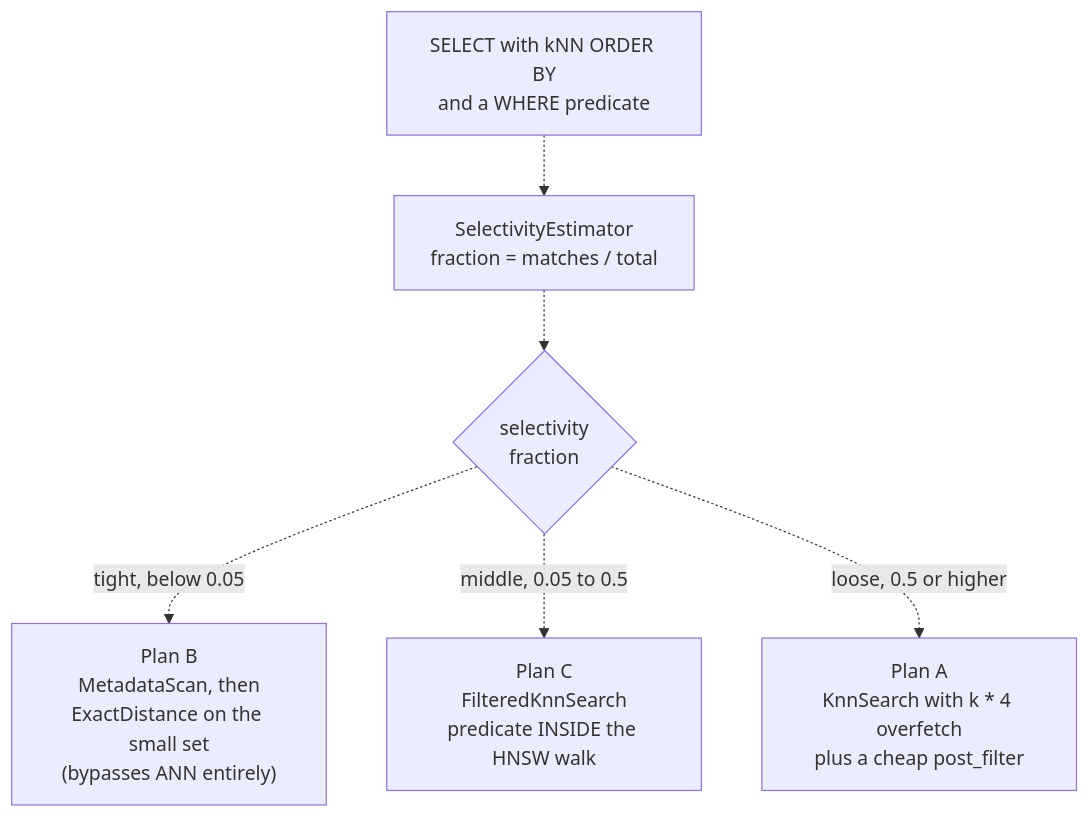
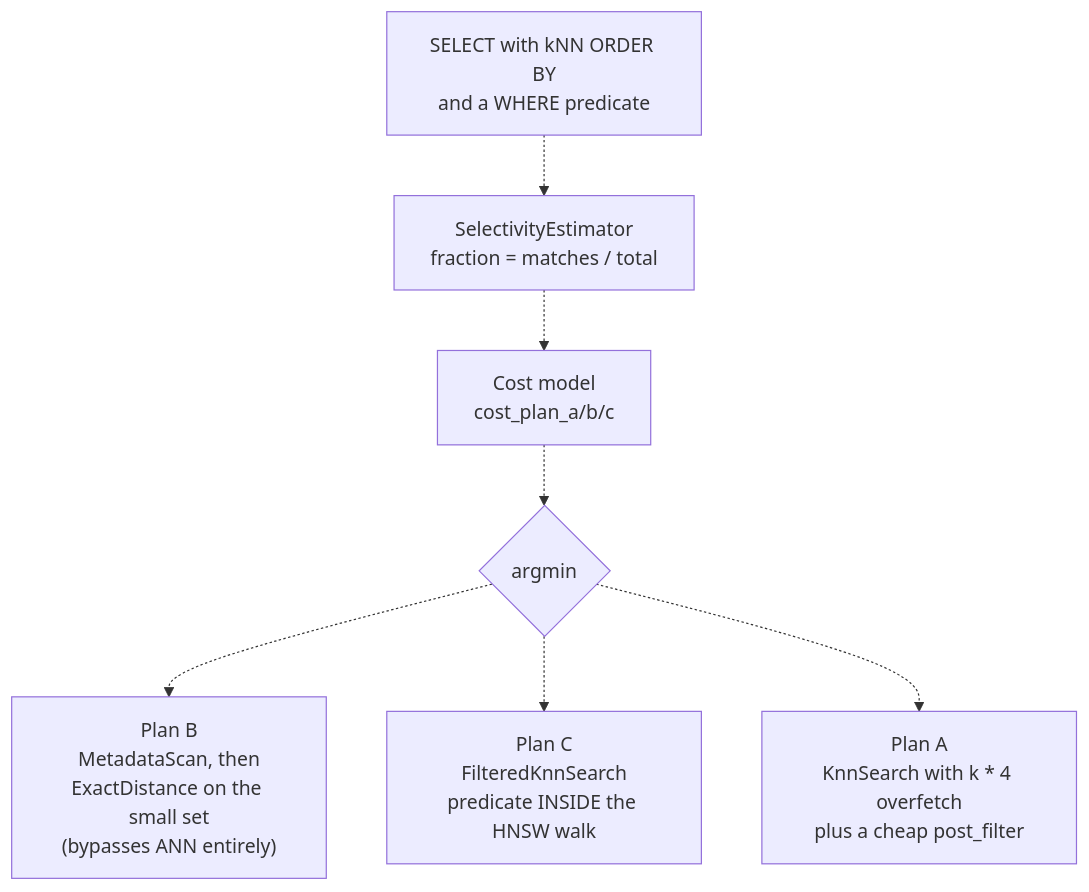
One commit to pixperk/kova changed the second of 7 diagrams in docs/query.md. Above: the diagram before and after it, drawn with Mermaid. The commit also changed other lines of this file and 6 other files, not shown here.

Commit message:
fix(kova-query): cost model matches what the executor actually does

````diff
--- a/docs/query.md
+++ b/docs/query.md
@@ -373,9 +373,10 @@
 ```mermaid
 flowchart TD
     Q["SELECT with kNN ORDER BY<br/>and a WHERE predicate"]
     Q -.-> Est["SelectivityEstimator<br/>fraction = matches / total"]
-    Est -.-> Branch{"selectivity<br/>fraction"}
-    Branch -. "tight, below 0.05" .-> B["Plan B<br/>MetadataScan, then<br/>ExactDistance on the small set<br/>(bypasses ANN entirely)"]
-    Branch -. "middle, 0.05 to 0.5" .-> C["Plan C<br/>FilteredKnnSearch<br/>predicate INSIDE the HNSW walk"]
-    Branch -. "loose, 0.5 or higher" .-> A["Plan A<br/>KnnSearch with k * 4 overfetch<br/>plus a cheap post_filter"]
+    Est -.-> Cost["Cost model<br/>cost_plan_a/b/c"]
+    Cost -.-> Pick{"argmin"}
+    Pick -.-> B["Plan B<br/>MetadataScan, then<br/>ExactDistance on the small set<br/>(bypasses ANN entirely)"]
+    Pick -.-> C["Plan C<br/>FilteredKnnSearch<br/>predicate INSIDE the HNSW walk"]
+    Pick -.-> A["Plan A<br/>KnnSearch with k * 4 overfetch<br/>plus a cheap post_filter"]
 ```
````
